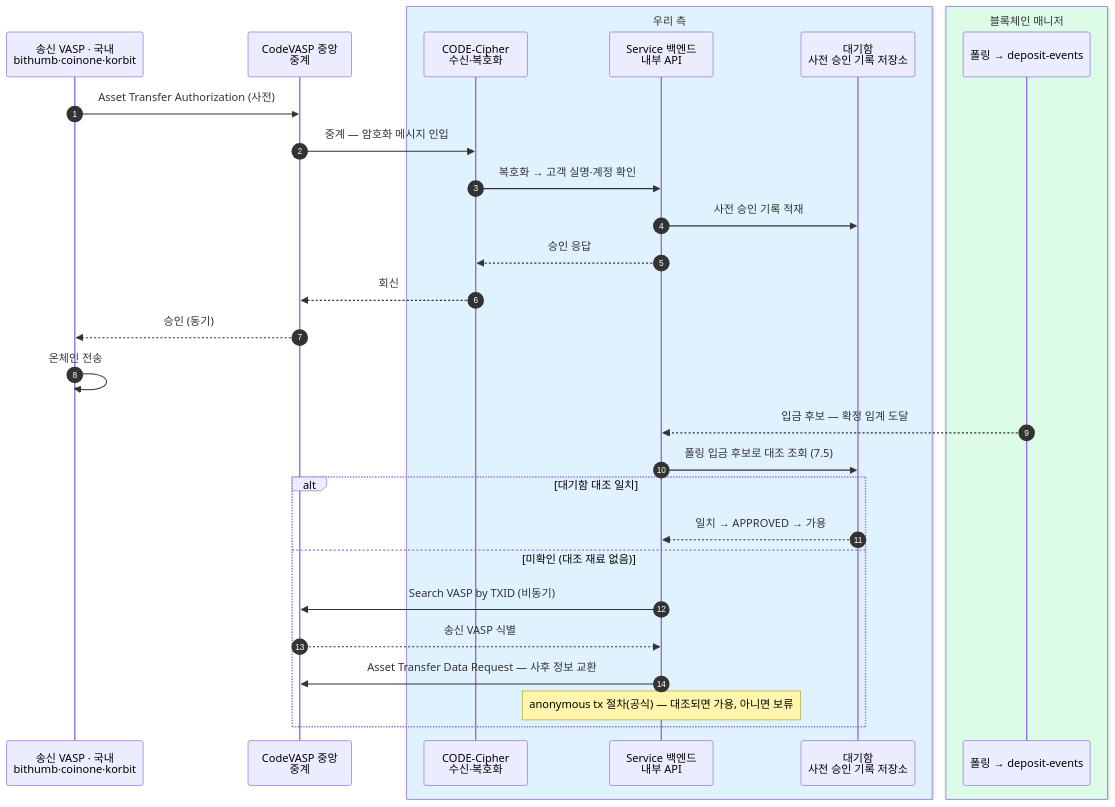
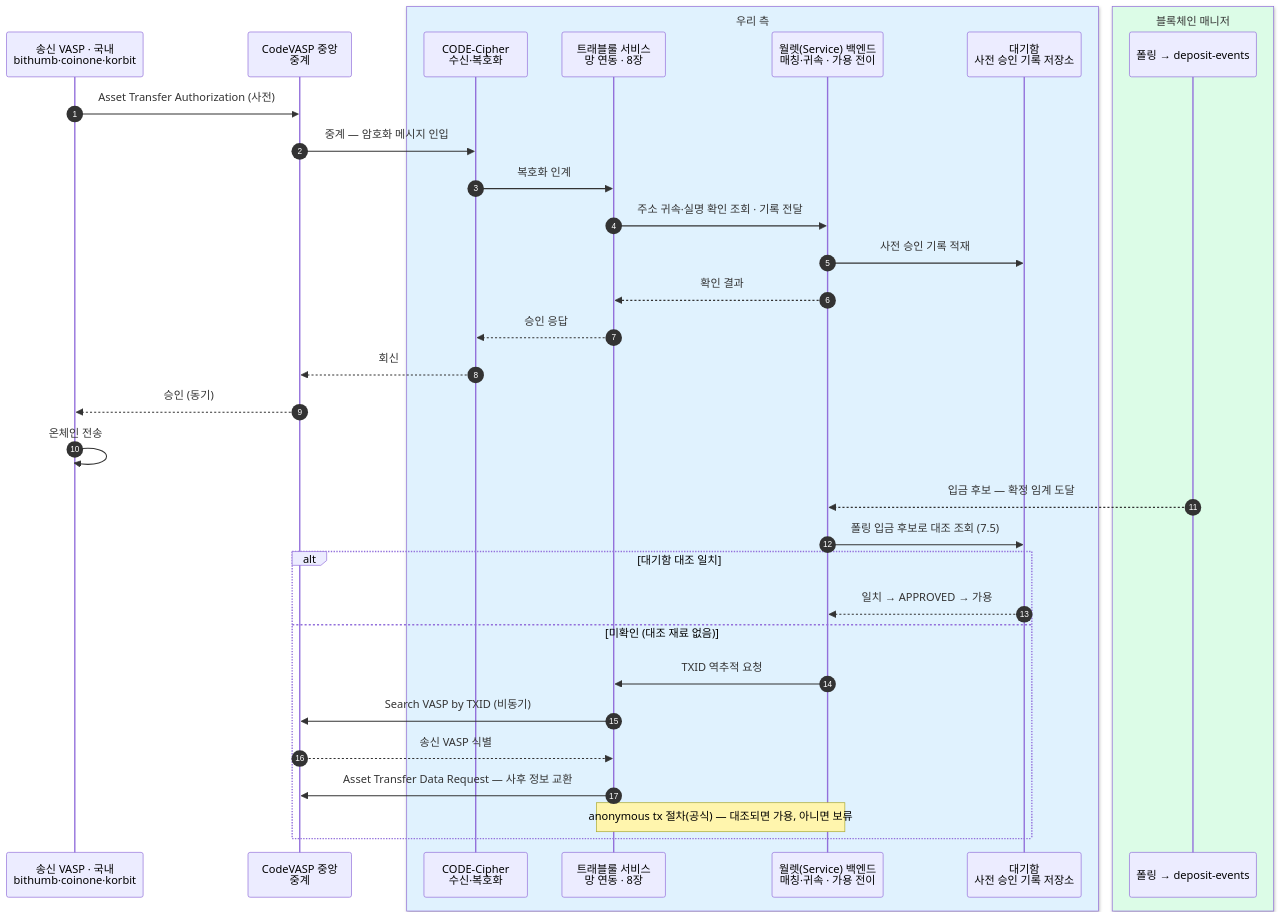
One commit to eunsujeo/eunpus changed diagram 11 of 11 in blockchain-manager/docs/트래블룰/설계/07-scenarios.md. Above: the diagram before and after it, drawn with Mermaid. The commit also changed other lines of this file and 36 other files, not shown here.

Commit message:
인프라 전체 배치 문서 신설 · API 페이지네이션 tail-cursor 전환(order·before 완화) · 보드 내보내기 앵커 수정 · 트래블룰 문서 다듬기

````diff
--- a/blockchain-manager/docs/트래블룰/설계/07-scenarios.md
+++ b/blockchain-manager/docs/트래블룰/설계/07-scenarios.md
@@ -450,33 +458,37 @@
 ```mermaid
 sequenceDiagram
     autonumber
     participant SV as 송신 VASP · 국내<br/>bithumb·coinone·korbit
     participant CV as CodeVASP 중앙<br/>중계
     box rgb(224,242,254) 우리 측
     participant CC as CODE-Cipher<br/>수신·복호화
-    participant BE as Service 백엔드<br/>내부 API
+    participant TR as 트래블룰 서비스<br/>망 연동 · 8장
+    participant BE as 월렛(Service) 백엔드<br/>매칭·귀속 · 가용 전이
     participant WQ as 대기함<br/>사전 승인 기록 저장소
     end
     box rgb(220,252,231) 블록체인 매니저
     participant BM as 폴링 → deposit-events
     end
 
     SV->>CV: Asset Transfer Authorization (사전)
     CV->>CC: 중계 — 암호화 메시지 인입
-    CC->>BE: 복호화 → 고객 실명·계정 확인
+    CC->>TR: 복호화 인계
+    TR->>BE: 주소 귀속·실명 확인 조회 · 기록 전달
     BE->>WQ: 사전 승인 기록 적재
-    BE-->>CC: 승인 응답
+    BE-->>TR: 확인 결과
+    TR-->>CC: 승인 응답
     CC-->>CV: 회신
     CV-->>SV: 승인 (동기)
     SV->>SV: 온체인 전송
     BM-->>BE: 입금 후보 — 확정 임계 도달
     BE->>WQ: 폴링 입금 후보로 대조 조회 (7.5)
     alt 대기함 대조 일치
         WQ-->>BE: 일치 → APPROVED → 가용
     else 미확인 (대조 재료 없음)
-        BE->>CV: Search VASP by TXID (비동기)
-        CV-->>BE: 송신 VASP 식별
-        BE->>CV: Asset Transfer Data Request — 사후 정보 교환
-        Note over BE: anonymous tx 절차(공식) — 대조되면 가용, 아니면 보류
+        BE->>TR: TXID 역추적 요청
+        TR->>CV: Search VASP by TXID (비동기)
+        CV-->>TR: 송신 VASP 식별
+        TR->>CV: Asset Transfer Data Request — 사후 정보 교환
+        Note over TR,BE: anonymous tx 절차(공식) — 대조되면 가용, 아니면 보류
     end
 ```
````
